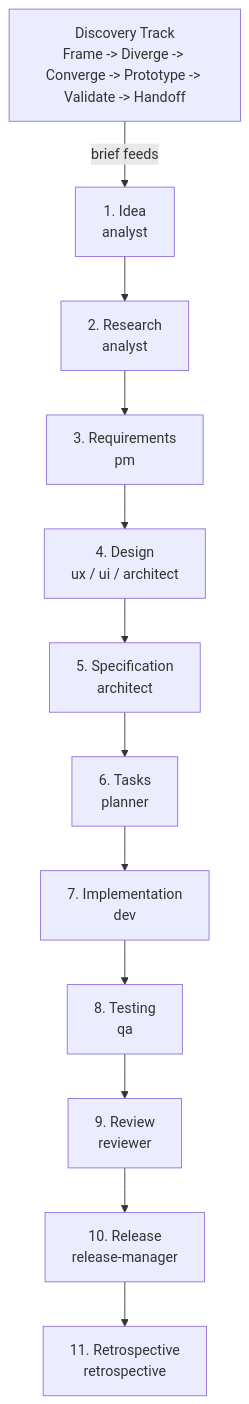
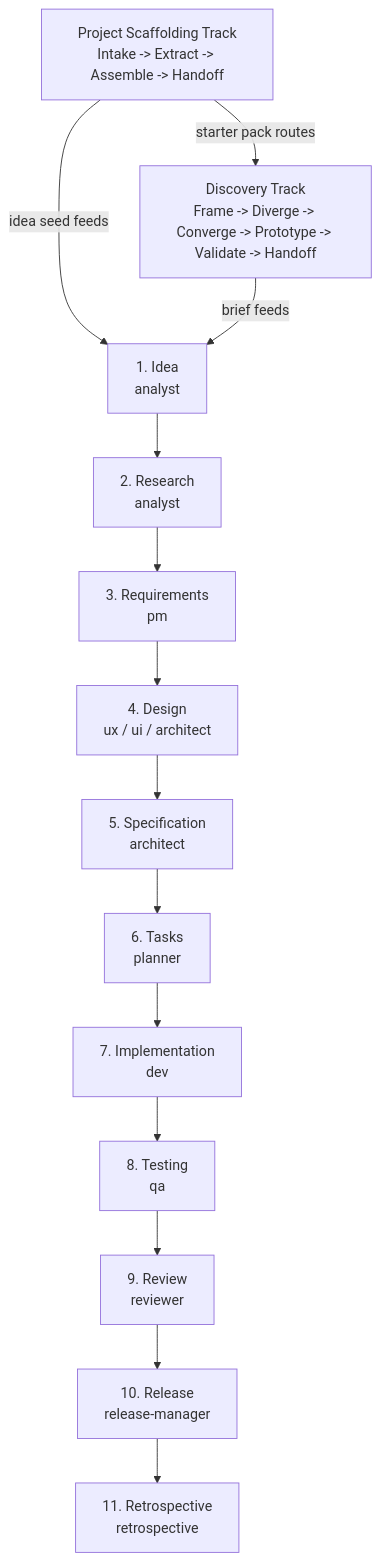
The fourth of 4 diagrams in README.md (Luis85/agentic-workflow), drawn with Mermaid before and after one commit. The commit also changed other lines of this file and 26 other files, not shown here.

Commit message:
feat(scaffold): add ADR-0011 project scaffolding track

````diff
--- a/README.md
+++ b/README.md
@@ -258,19 +281,22 @@
 ```mermaid
 flowchart TD
+    scaffold["Project Scaffolding Track<br/>Intake -> Extract -> Assemble -> Handoff"]
     discovery["Discovery Track<br/>Frame -> Diverge -> Converge -> Prototype -> Validate -> Handoff"]
     idea["1. Idea<br/>analyst"]
     research["2. Research<br/>analyst"]
     requirements["3. Requirements<br/>pm"]
     design["4. Design<br/>ux / ui / architect"]
     specification["5. Specification<br/>architect"]
     tasks["6. Tasks<br/>planner"]
     implementation["7. Implementation<br/>dev"]
     testing["8. Testing<br/>qa"]
     review["9. Review<br/>reviewer"]
     release["10. Release<br/>release-manager"]
     retro["11. Retrospective<br/>retrospective"]
 
+    scaffold -->|starter pack routes| discovery
+    scaffold -->|idea seed feeds| idea
     discovery -->|brief feeds| idea
     idea --> research --> requirements --> design --> specification --> tasks
     tasks --> implementation --> testing --> review --> release --> retro
 ```
````
